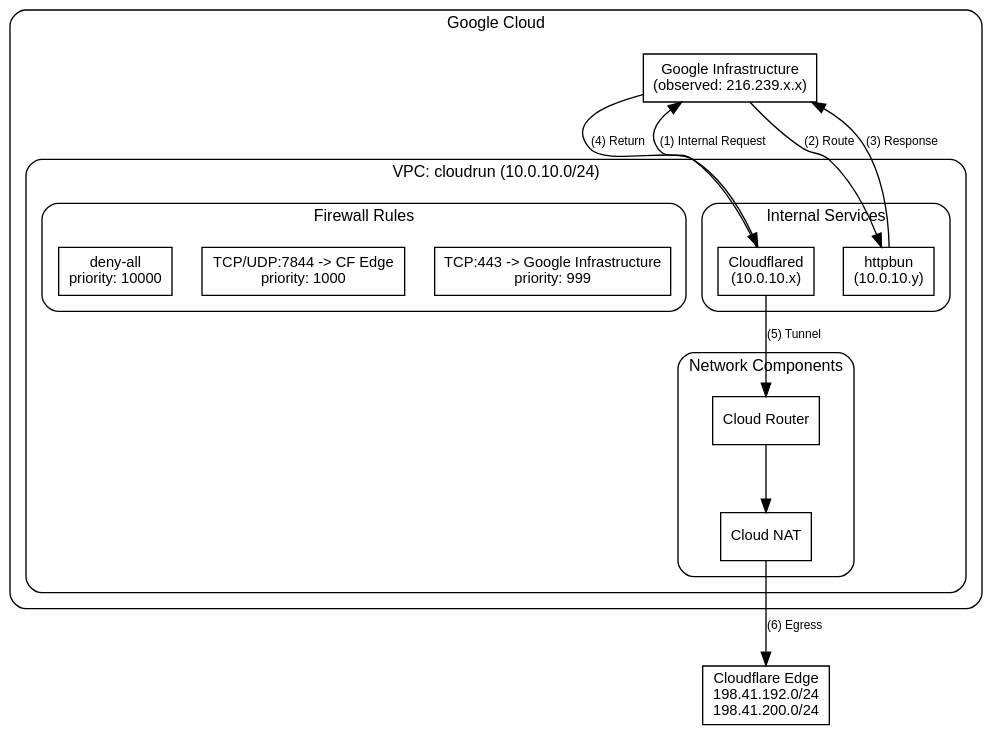
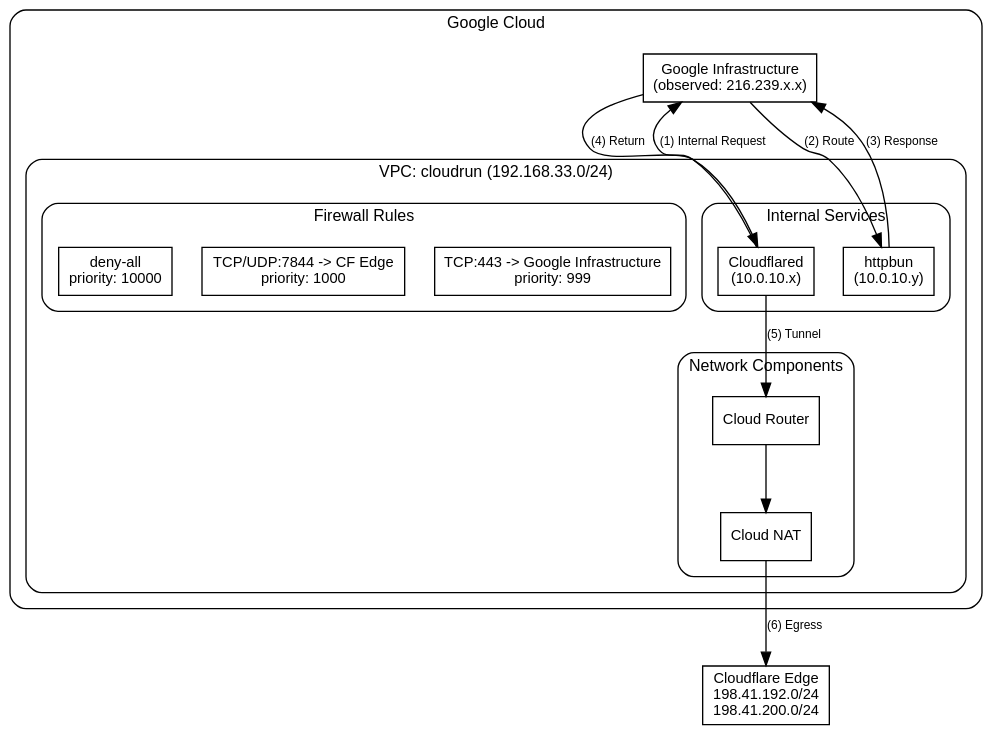
Before and after one commit to erfianugrah/lexicanum: the diagram in src/content/docs/guides/cfd-cloud-run.mdx, drawn with Graphviz. The commit also changed other lines of this file and 17 other files, not shown here.

````diff
--- a/src/content/docs/guides/cfd-cloud-run.mdx
+++ b/src/content/docs/guides/cfd-cloud-run.mdx
@@ -17,43 +17,43 @@
 ```dot
 digraph {
   rankdir=TB; bgcolor="transparent"; compound=true; nodesep=0.3; ranksep=0.7;
   fontname="Helvetica,Arial,sans-serif";
   node [fontname="Helvetica,Arial,sans-serif", fontsize=11, shape=box];
   edge [fontname="Helvetica,Arial,sans-serif", fontsize=9];
 
   subgraph cluster_Google {
     label="Google Cloud"; style=rounded; fontsize=12; margin=12;
     Google_glb [label="Google Infrastructure\n(observed: 216.239.x.x)"];
 
     subgraph cluster_Google_VPC {
-      label="VPC: cloudrun (10.0.10.0/24)"; style=rounded; fontsize=12; margin=12;
+      label="VPC: cloudrun (192.168.33.0/24)"; style=rounded; fontsize=12; margin=12;
       subgraph cluster_Google_VPC_Internal {
         label="Internal Services"; style=rounded; fontsize=12; margin=12;
         Google_VPC_Internal_cfd  [label="Cloudflared\n(10.0.10.x)"];
         Google_VPC_Internal_http [label="httpbun\n(10.0.10.y)"];
       }
       subgraph cluster_Google_VPC_Networking {
         label="Network Components"; style=rounded; fontsize=12; margin=12;
         Google_VPC_Networking_router [label="Cloud Router"];
         Google_VPC_Networking_nat    [label="Cloud NAT"];
       }
       subgraph cluster_Google_VPC_Firewall {
         label="Firewall Rules"; style=rounded; fontsize=12; margin=12;
         Google_VPC_Firewall_fr1 [label="TCP:443 -> Google Infrastructure\npriority: 999"];
         Google_VPC_Firewall_fr2 [label="TCP/UDP:7844 -> CF Edge\npriority: 1000"];
         Google_VPC_Firewall_fr3 [label="deny-all\npriority: 10000"];
       }
     }
   }
 
   edge_ [label="Cloudflare Edge\n198.41.192.0/24\n198.41.200.0/24"];
 
   Google_VPC_Internal_cfd  -> Google_glb                  [label="(1) Internal Request"];
   Google_glb               -> Google_VPC_Internal_http    [label="(2) Route"];
   Google_VPC_Internal_http -> Google_glb                  [label="(3) Response"];
   Google_glb               -> Google_VPC_Internal_cfd     [label="(4) Return"];
   Google_VPC_Internal_cfd  -> Google_VPC_Networking_router [label="(5) Tunnel"];
   Google_VPC_Networking_router -> Google_VPC_Networking_nat;
   Google_VPC_Networking_nat -> edge_                      [label="(6) Egress"];
 }
 ```
````
